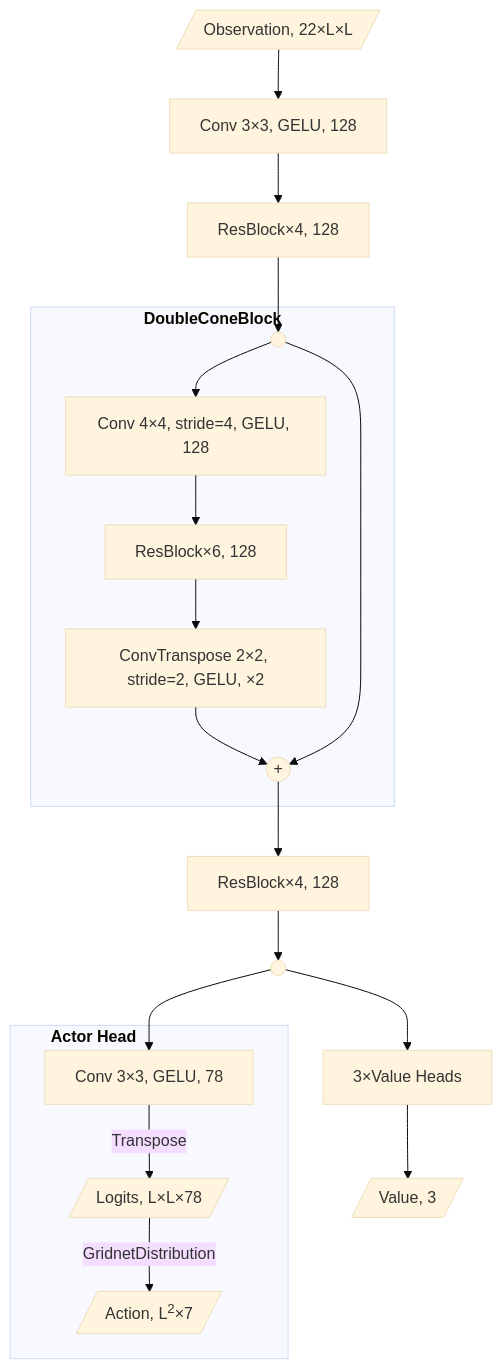
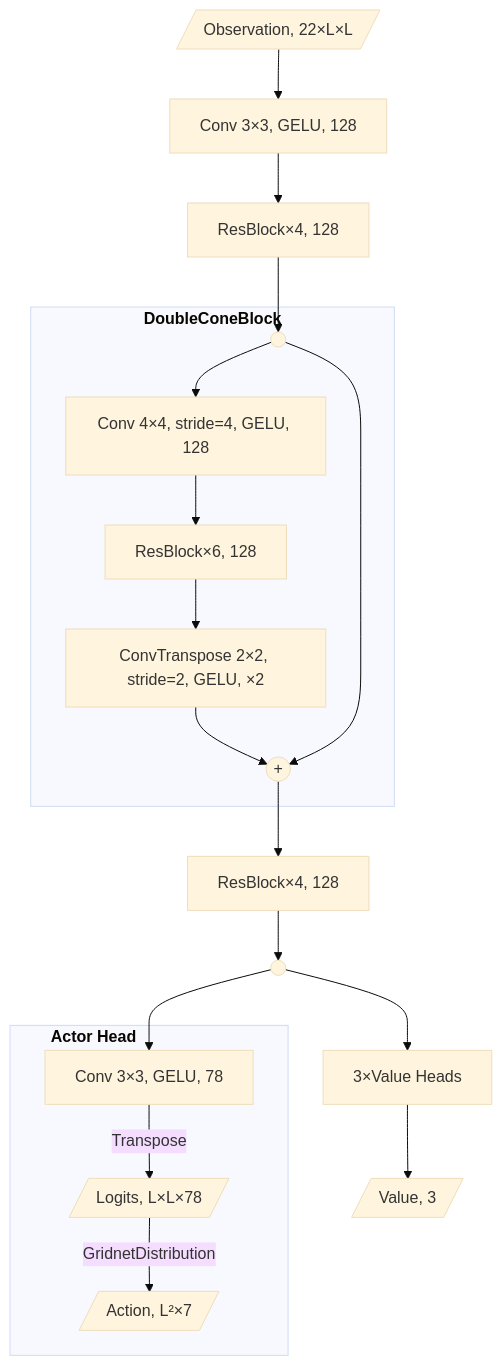
Before and after one commit to sgoodfriend/rl-algo-impls: the first of 4 diagrams in rl_algo_impls/microrts/technical-description.md, drawn with Mermaid (base theme). The commit also changed other lines of this file and 1 other file, not shown here.

````diff
--- a/rl_algo_impls/microrts/technical-description.md
+++ b/rl_algo_impls/microrts/technical-description.md
@@ -39,38 +46,38 @@
 ```mermaid
 graph TD
 	Obs[/"Observation, 22×L×L"/]
 	InConv["Conv 3×3, GELU, 128"]
 	EncRes1["ResBlock×4, 128"]
 	subgraph DoubleConeBlock["<b>DoubleConeBlock</b>"]
 	Split1((" "))
 	Add1(("+"))
 	Down1["Conv 4×4, stride=4, GELU, 128"]
 	EncRes2["ResBlock×6, 128"]
 	Up1["ConvTranspose 2×2, stride=2, GELU, ×2"]
 	end
 	DecRes1["ResBlock×4, 128"]
 	SplitHead((" "))
 	subgraph ActorHead["<b>Actor Head</b>&nbsp&nbsp&nbsp&nbsp&nbsp&nbsp&nbsp&nbsp&nbsp&nbsp&nbsp&nbsp&nbsp&nbsp&nbsp&nbsp&nbsp&nbsp&nbsp&nbsp&nbsp&nbsp&nbsp&nbsp&nbsp"]
 	ActorConv["Conv 3×3, GELU, 78"]
 	ActorLogits[/"Logits, L×L×78"/]
-	Action[/"Action, L<sup>2</sup>×7"/]
+	Action[/"Action, L²×7"/]
 	end
 	ValueHeads["3×Value Heads"]
 	Value[/"Value, 3"/]
 
   Obs --> InConv
 	InConv --> EncRes1
 	EncRes1 --> Split1
 	Add1 --> DecRes1
 	Split1 --> Down1
 	Down1 --> EncRes2
 	EncRes2 --> Up1
 	Up1 --> Add1
 	Split1 ---> Add1
 	DecRes1 --> SplitHead
 	SplitHead --> ActorConv
 	ActorConv -- Transpose --> ActorLogits
 	ActorLogits -- GridnetDistribution --> Action
 	SplitHead --> ValueHeads
 	ValueHeads --> Value
 ```
````
